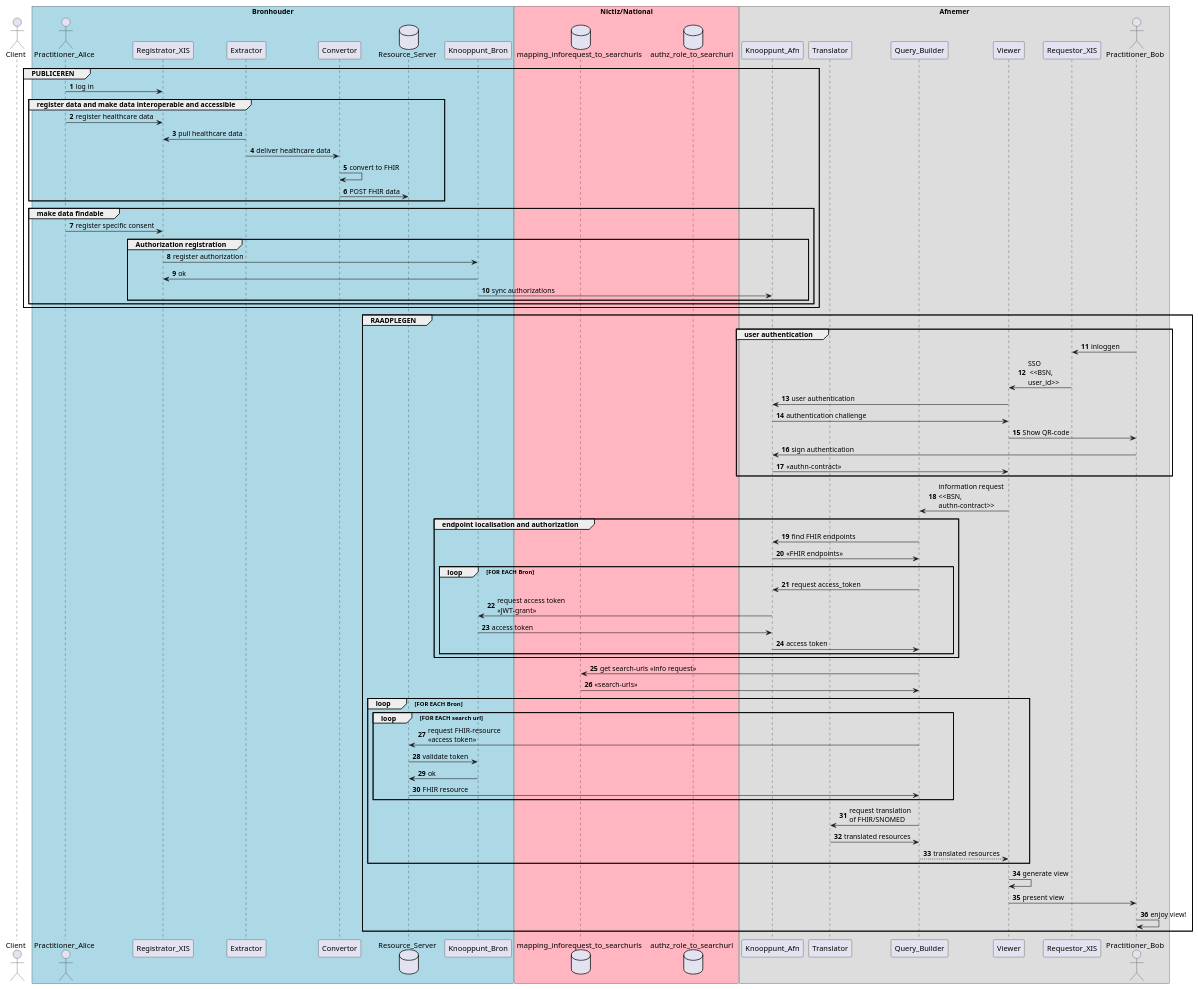
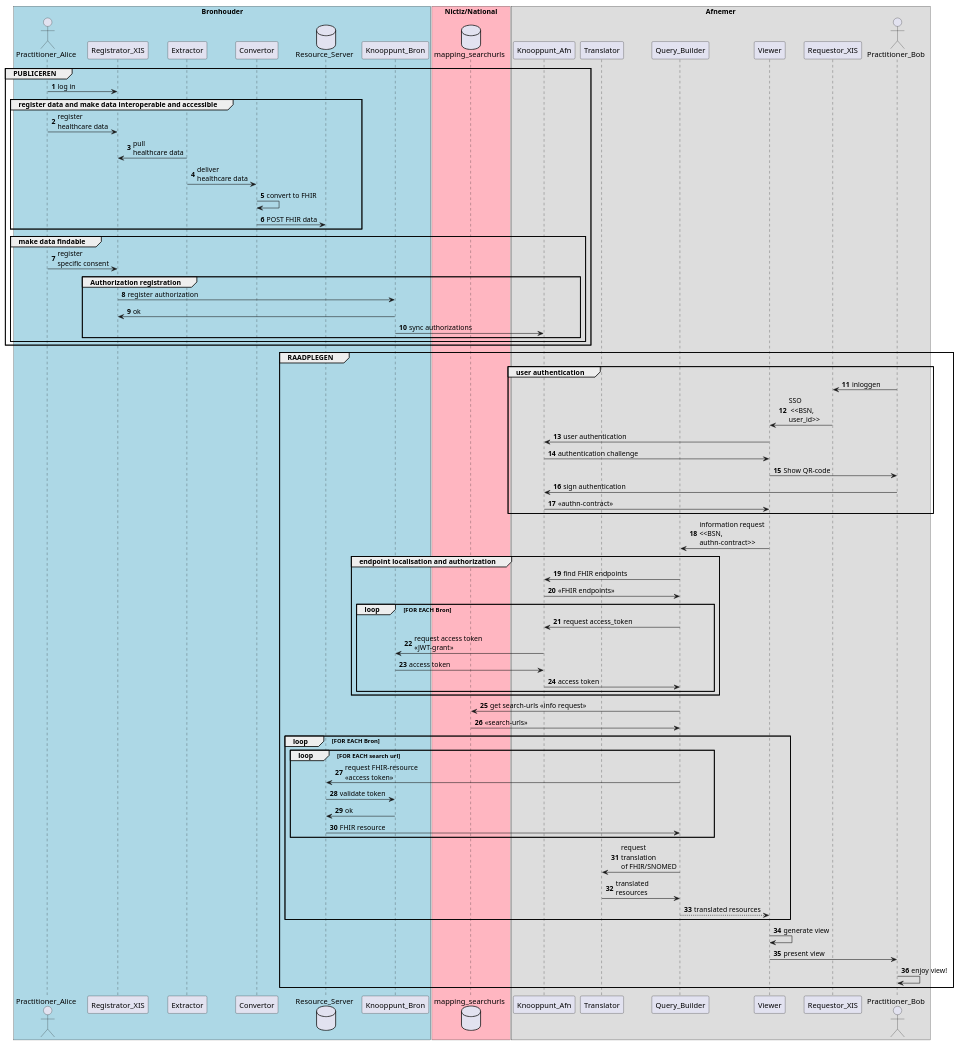
One commit to jorritspee/plantuml-zorginzage-babyconnect changed the diagram in sequence-diagram-zorginzage-babyconnect.puml. Above: the diagram before and after it, drawn with PlantUML.

Commit message:
changed names

```diff
--- a/sequence-diagram-zorginzage-babyconnect.puml
+++ b/sequence-diagram-zorginzage-babyconnect.puml
@@ -1,89 +1,87 @@
 @startuml
 autonumber
-actor Client
 box "Bronhouder" #LightBlue
 actor Practitioner_Alice
 participant Registrator_XIS
 participant Extractor
 participant Convertor
 database Resource_Server
 participant Knooppunt_Bron
 end box
 
 box "Nictiz/National" #LightPink
-database mapping_inforequest_to_searchurls
-database authz_role_to_searchurl
+database mapping_searchurls
 end box
 
 box "Afnemer"
 participant Knooppunt_Afn
 participant Translator
 participant Query_Builder
 participant Viewer
 participant Requestor_XIS
 actor Practitioner_Bob
 end box
 
 group PUBLICEREN
   Practitioner_Alice -> Registrator_XIS : log in
   group register data and make data interoperable and accessible
-    Practitioner_Alice -> Registrator_XIS : register healthcare data
-    Registrator_XIS <- Extractor: pull healthcare data
-    Extractor -> Convertor: deliver healthcare data
+    Practitioner_Alice -> Registrator_XIS : register\nhealthcare data
+    Registrator_XIS <- Extractor: pull\nhealthcare data
+    Extractor -> Convertor: deliver\nhealthcare data
     Convertor -> Convertor : convert to FHIR
     Convertor -> Resource_Server : POST FHIR data
   end
 
   group make data findable
-    Practitioner_Alice -> Registrator_XIS : register specific consent
+    Practitioner_Alice -> Registrator_XIS : register\nspecific consent
     group Authorization registration
       Registrator_XIS -> Knooppunt_Bron : register authorization
       Registrator_XIS <- Knooppunt_Bron : ok
       Knooppunt_Bron -> Knooppunt_Afn : sync authorizations
     end
   end
 end
 
 group RAADPLEGEN
   group user authentication
     Practitioner_Bob -> Requestor_XIS : inloggen
     Requestor_XIS -> Viewer: SSO\n <<BSN,\nuser_id>>
     Viewer -> Knooppunt_Afn : user authentication
     Knooppunt_Afn -> Viewer : authentication challenge
     Viewer -> Practitioner_Bob : Show QR-code
     Practitioner_Bob -> Knooppunt_Afn: sign authentication
     Knooppunt_Afn -> Viewer : <<authn-contract>>
   end
   Viewer -> Query_Builder : information request\n<<BSN,\nauthn-contract>>
   
   group endpoint localisation and authorization
     Query_Builder -> Knooppunt_Afn : find FHIR endpoints
     Query_Builder <- Knooppunt_Afn : <<FHIR endpoints>>
     
     loop FOR EACH Bron
     Query_Builder -> Knooppunt_Afn : request access_token
     Knooppunt_Afn -> Knooppunt_Bron : request access token\n<<JWT-grant>>
     Knooppunt_Afn <- Knooppunt_Bron: access token
     Query_Builder <- Knooppunt_Afn : access token
     end
   end 
 
-  Query_Builder ->  mapping_inforequest_to_searchurls : get search-urls <<info request>>
-  Query_Builder <-  mapping_inforequest_to_searchurls : <<search-urls>>
+  Query_Builder ->  mapping_searchurls : get search-urls <<info request>>
+  Query_Builder <-  mapping_searchurls : <<search-urls>>
   
   loop FOR EACH Bron
     loop FOR EACH search url
       Query_Builder -> Resource_Server : request FHIR-resource\n<<access token>>
       Resource_Server -> Knooppunt_Bron: validate token
       Resource_Server <- Knooppunt_Bron: ok
       Query_Builder <- Resource_Server : FHIR resource
     end
-    Query_Builder -> Translator: request translation\nof FHIR/SNOMED
-    Query_Builder <- Translator: translated resources
+    Query_Builder -> Translator: request\ntranslation\nof FHIR/SNOMED
+    Query_Builder <- Translator: translated\nresources
     Query_Builder --> Viewer: translated resources
   end
   Viewer -> Viewer : generate view
   Viewer -> Practitioner_Bob: present view
   Practitioner_Bob -> Practitioner_Bob: enjoy view!
 end
 @enduml
```
